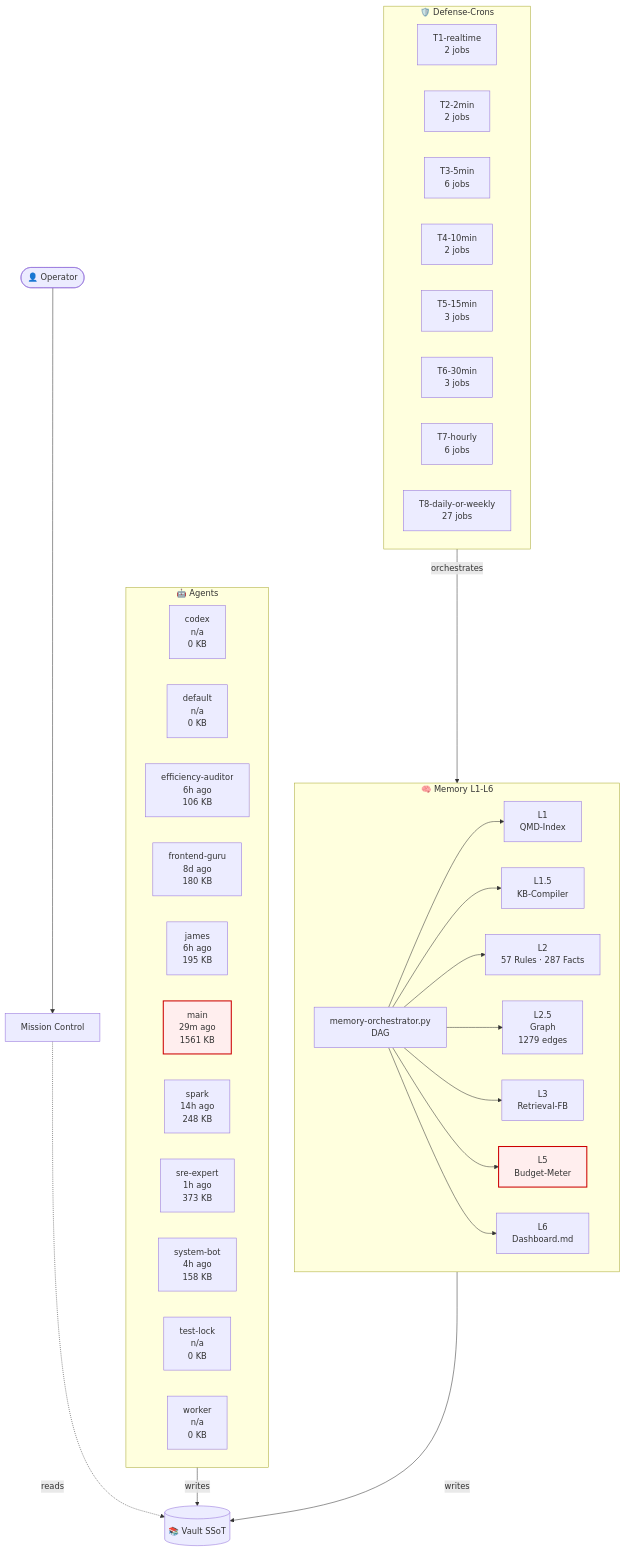
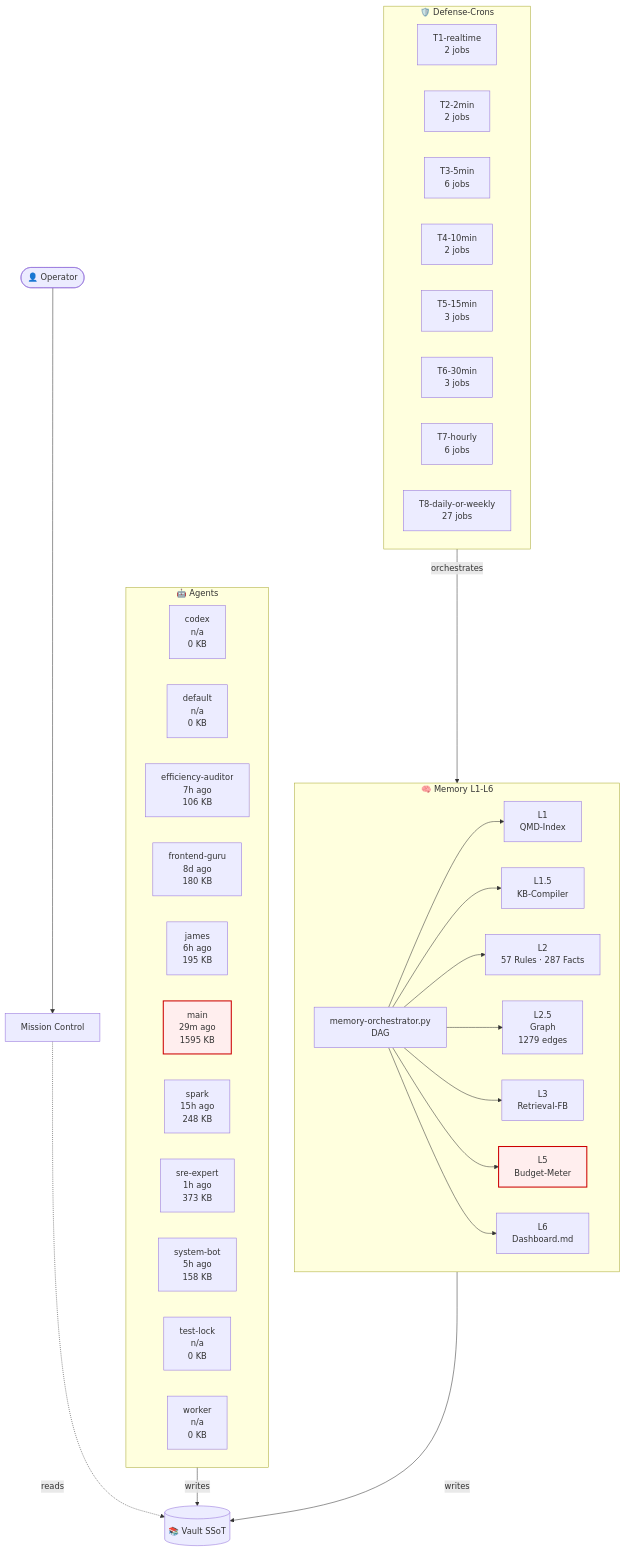
One commit to lenardhuebner88-rgb/openclaw-memory changed the diagram in 03-Agents/architecture-live.md. Above: the diagram before and after it, drawn with Mermaid. The commit also changed other lines of this file and 13 other files, not shown here.

````diff
--- a/03-Agents/architecture-live.md
+++ b/03-Agents/architecture-live.md
@@ -18,54 +18,54 @@
 ```mermaid
 flowchart TB
     classDef critical fill:#fee,stroke:#c00,stroke-width:2px;
     subgraph AGT["🤖 Agents"]
         agent_codex["codex<br/>n/a<br/>0 KB"]
         agent_default["default<br/>n/a<br/>0 KB"]
-        agent_efficiency_auditor["efficiency-auditor<br/>6h ago<br/>106 KB"]
+        agent_efficiency_auditor["efficiency-auditor<br/>7h ago<br/>106 KB"]
         agent_frontend_guru["frontend-guru<br/>8d ago<br/>180 KB"]
         agent_james["james<br/>6h ago<br/>195 KB"]
-        agent_main["main<br/>29m ago<br/>1561 KB"]
-        agent_spark["spark<br/>14h ago<br/>248 KB"]
+        agent_main["main<br/>29m ago<br/>1595 KB"]
+        agent_spark["spark<br/>15h ago<br/>248 KB"]
         agent_sre_expert["sre-expert<br/>1h ago<br/>373 KB"]
-        agent_system_bot["system-bot<br/>4h ago<br/>158 KB"]
+        agent_system_bot["system-bot<br/>5h ago<br/>158 KB"]
         agent_test_lock["test-lock<br/>n/a<br/>0 KB"]
         agent_worker["worker<br/>n/a<br/>0 KB"]
     end
     subgraph MEM["🧠 Memory L1-L6"]
         L1["L1<br/>QMD-Index"]
         L15["L1.5<br/>KB-Compiler"]
         L2["L2<br/>57 Rules · 287 Facts"]
         L25["L2.5<br/>Graph<br/>1279 edges"]
         L3["L3<br/>Retrieval-FB"]
         L5["L5<br/>Budget-Meter"]
         L6["L6<br/>Dashboard.md"]
         ORCH["memory-orchestrator.py<br/>DAG"]
     end
     subgraph CRN["🛡️ Defense-Crons"]
         tier_T1_realtime["T1-realtime<br/>2 jobs"]
         tier_T2_2min["T2-2min<br/>2 jobs"]
         tier_T3_5min["T3-5min<br/>6 jobs"]
         tier_T4_10min["T4-10min<br/>2 jobs"]
         tier_T5_15min["T5-15min<br/>3 jobs"]
         tier_T6_30min["T6-30min<br/>3 jobs"]
         tier_T7_hourly["T7-hourly<br/>6 jobs"]
         tier_T8_daily_or_weekly["T8-daily-or-weekly<br/>27 jobs"]
     end
     VAULT[("📚 Vault SSoT")]
     OP([👤 Operator])
     MC["Mission Control"]
     OP --> MC
     MC -.reads.-> VAULT
     AGT -->|writes| VAULT
     MEM -->|writes| VAULT
     ORCH --> L1
     ORCH --> L15
     ORCH --> L2
     ORCH --> L25
     ORCH --> L3
     ORCH --> L5
     ORCH --> L6
     CRN -->|orchestrates| MEM
     class L5 critical
     class agent_main critical
 ```
````
